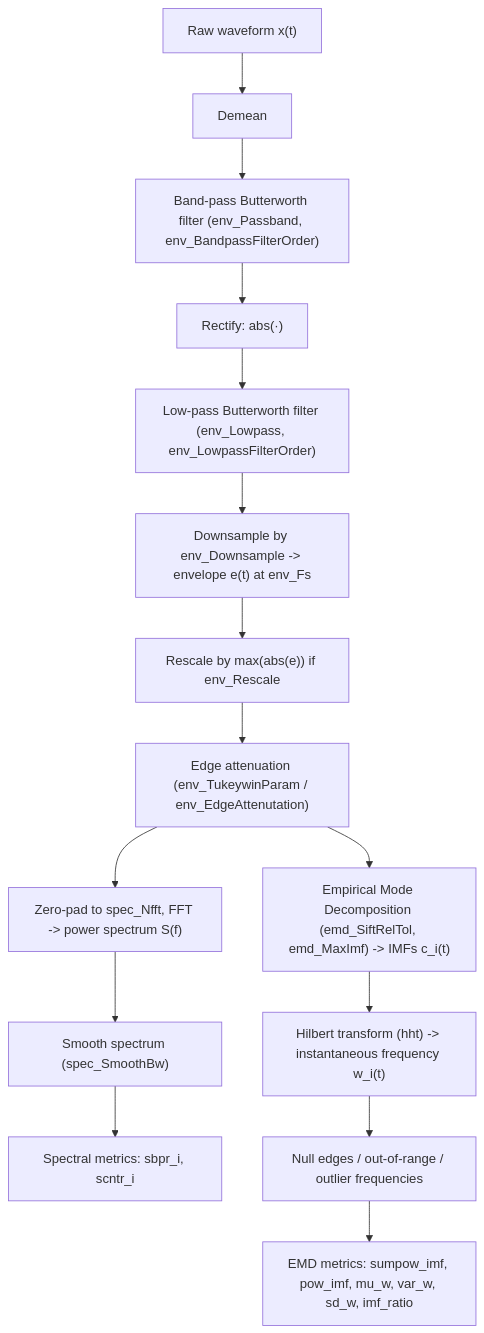
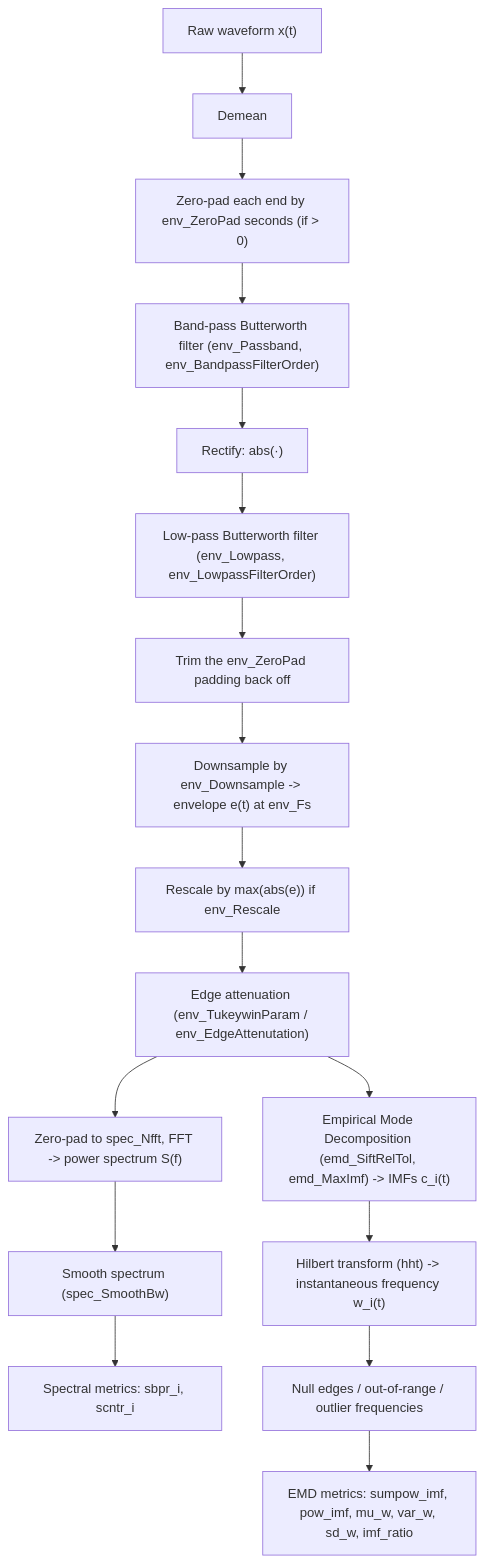
The diagram in TECHNICAL.md (tilsen/EnvelopeMetrics), drawn with Mermaid before and after one commit. The commit also changed other lines of this file and 8 other files, not shown here.

First line of the commit message:
Add channel selection, zero-padding, envelope output, figure styling, and citations

````diff
--- a/TECHNICAL.md
+++ b/TECHNICAL.md
@@ -26,19 +26,21 @@
 ```mermaid
 flowchart TD
     A["Raw waveform x(t)"] --> B["Demean"]
-    B --> C["Band-pass Butterworth filter (env_Passband, env_BandpassFilterOrder)"]
+    B --> B2["Zero-pad each end by env_ZeroPad seconds (if > 0)"]
+    B2 --> C["Band-pass Butterworth filter (env_Passband, env_BandpassFilterOrder)"]
     C --> D["Rectify: abs(·)"]
     D --> E["Low-pass Butterworth filter (env_Lowpass, env_LowpassFilterOrder)"]
-    E --> F["Downsample by env_Downsample -> envelope e(t) at env_Fs"]
+    E --> E2["Trim the env_ZeroPad padding back off"]
+    E2 --> F["Downsample by env_Downsample -> envelope e(t) at env_Fs"]
     F --> G["Rescale by max(abs(e)) if env_Rescale"]
     G --> H["Edge attenuation (env_TukeywinParam / env_EdgeAttenutation)"]
 
     H --> I["Zero-pad to spec_Nfft, FFT -> power spectrum S(f)"]
     I --> J["Smooth spectrum (spec_SmoothBw)"]
     J --> K["Spectral metrics: sbpr_i, scntr_i"]
 
     H --> L["Empirical Mode Decomposition (emd_SiftRelTol, emd_MaxImf) -> IMFs c_i(t)"]
     L --> M["Hilbert transform (hht) -> instantaneous frequency w_i(t)"]
     M --> N["Null edges / out-of-range / outlier frequencies"]
     N --> O["EMD metrics: sumpow_imf, pow_imf, mu_w, var_w, sd_w, imf_ratio"]
 ```
````
